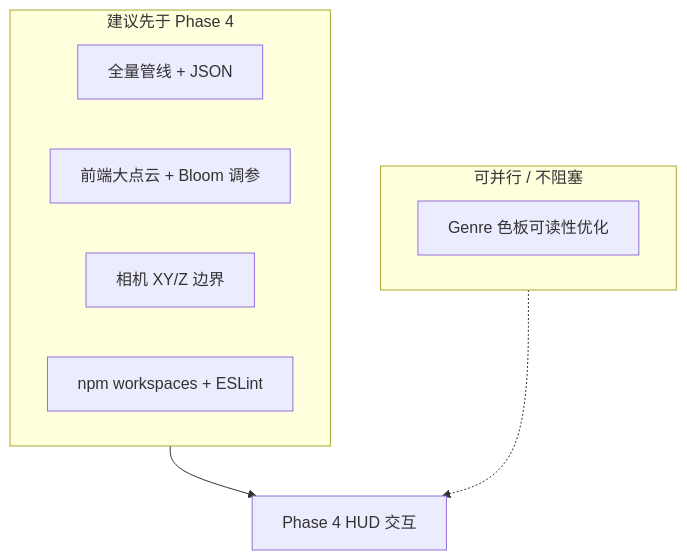
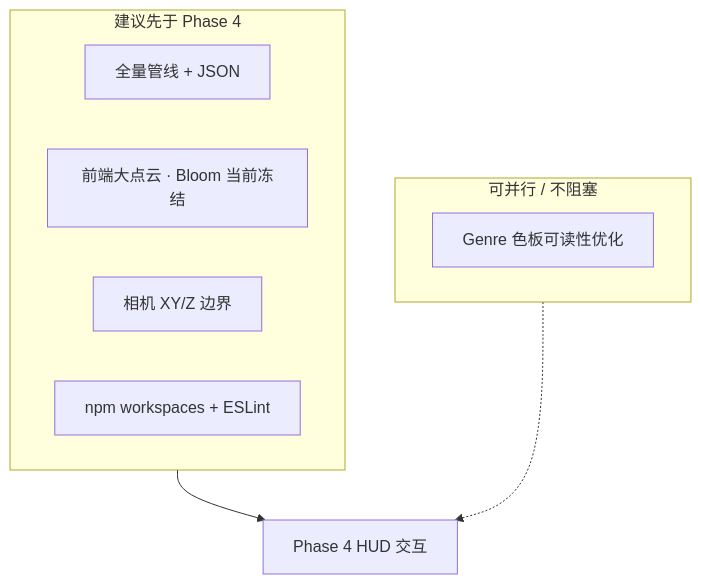
The diagram in .cursor/plans/code_review_follow-up_9d90ade4.plan.md (XYBuilds/chronicle_v3_3d_galaxy), drawn with Mermaid before and after one commit. The commit also changed other lines of this file and 5 other files, not shown here.

````diff
--- a/.cursor/plans/code_review_follow-up_9d90ade4.plan.md
+++ b/.cursor/plans/code_review_follow-up_9d90ade4.plan.md
@@ -38,14 +39,14 @@
 ```mermaid
 flowchart TD
   subgraph blockers [建议先于 Phase 4]
     A[全量管线 + JSON]
-    B[前端大点云 + Bloom 调参]
+    B[前端大点云 · Bloom 当前冻结]
     C[相机 XY/Z 边界]
     D[npm workspaces + ESLint]
   end
   subgraph backlog [可并行 / 不阻塞]
     E[Genre 色板可读性优化]
   end
   blockers --> P4[Phase 4 HUD 交互]
   backlog -.-> P4
 ```
````
